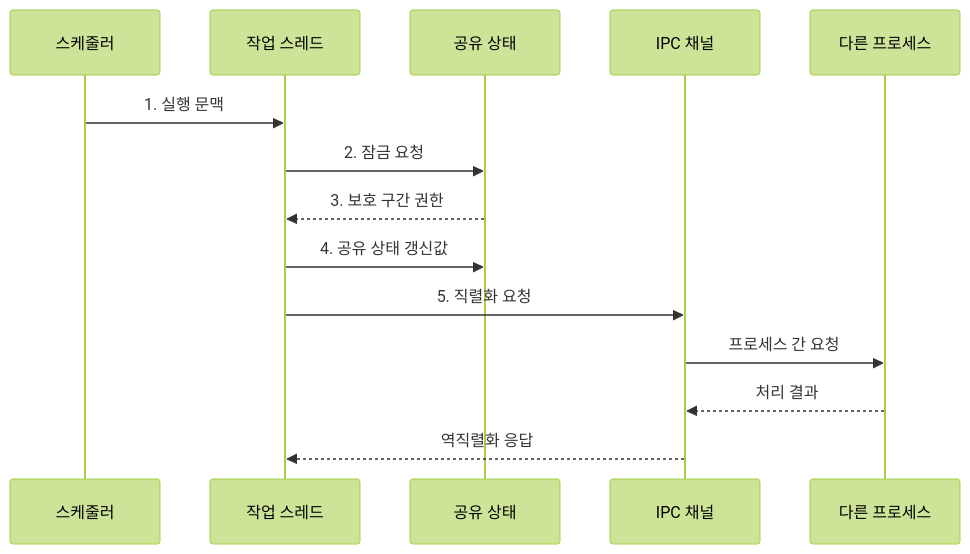
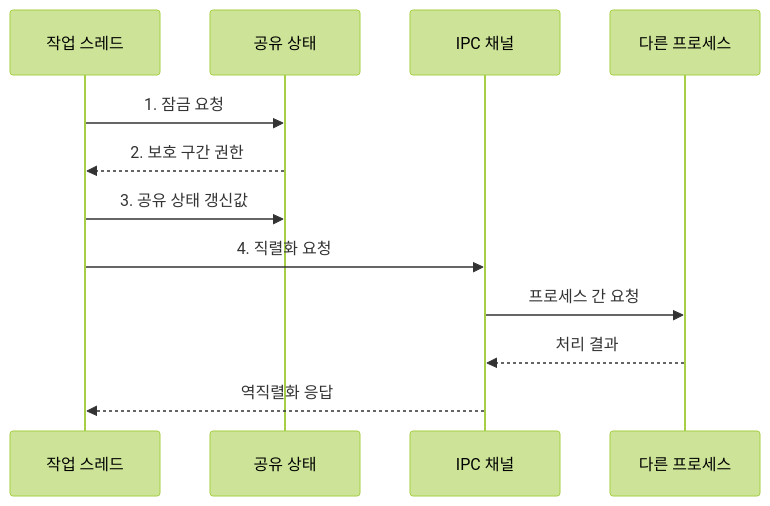
Before and after one commit to agnusdei1207/knowledge-base: the second of 2 diagrams in src/content/docs/notes/03-software/001_process_vs_thread.md, drawn with Mermaid (forest theme). The commit also changed other lines of this file and 9 other files, not shown here.

Commit message:
Simplify software execution diagrams

````diff
--- a/src/content/docs/notes/03-software/001_process_vs_thread.md
+++ b/src/content/docs/notes/03-software/001_process_vs_thread.md
@@ -106,16 +106,14 @@
 ```mermaid
 sequenceDiagram
-    participant S as 스케줄러
     participant T as 작업 스레드
     participant L as 공유 상태
     participant I as IPC 채널
     participant P as 다른 프로세스
-    S->>T: 1. 실행 문맥
-    T->>L: 2. 잠금 요청
-    L-->>T: 3. 보호 구간 권한
-    T->>L: 4. 공유 상태 갱신값
-    T->>I: 5. 직렬화 요청
+    T->>L: 1. 잠금 요청
+    L-->>T: 2. 보호 구간 권한
+    T->>L: 3. 공유 상태 갱신값
+    T->>I: 4. 직렬화 요청
     I->>P: 프로세스 간 요청
     P-->>I: 처리 결과
     I-->>T: 역직렬화 응답
 ```
````
